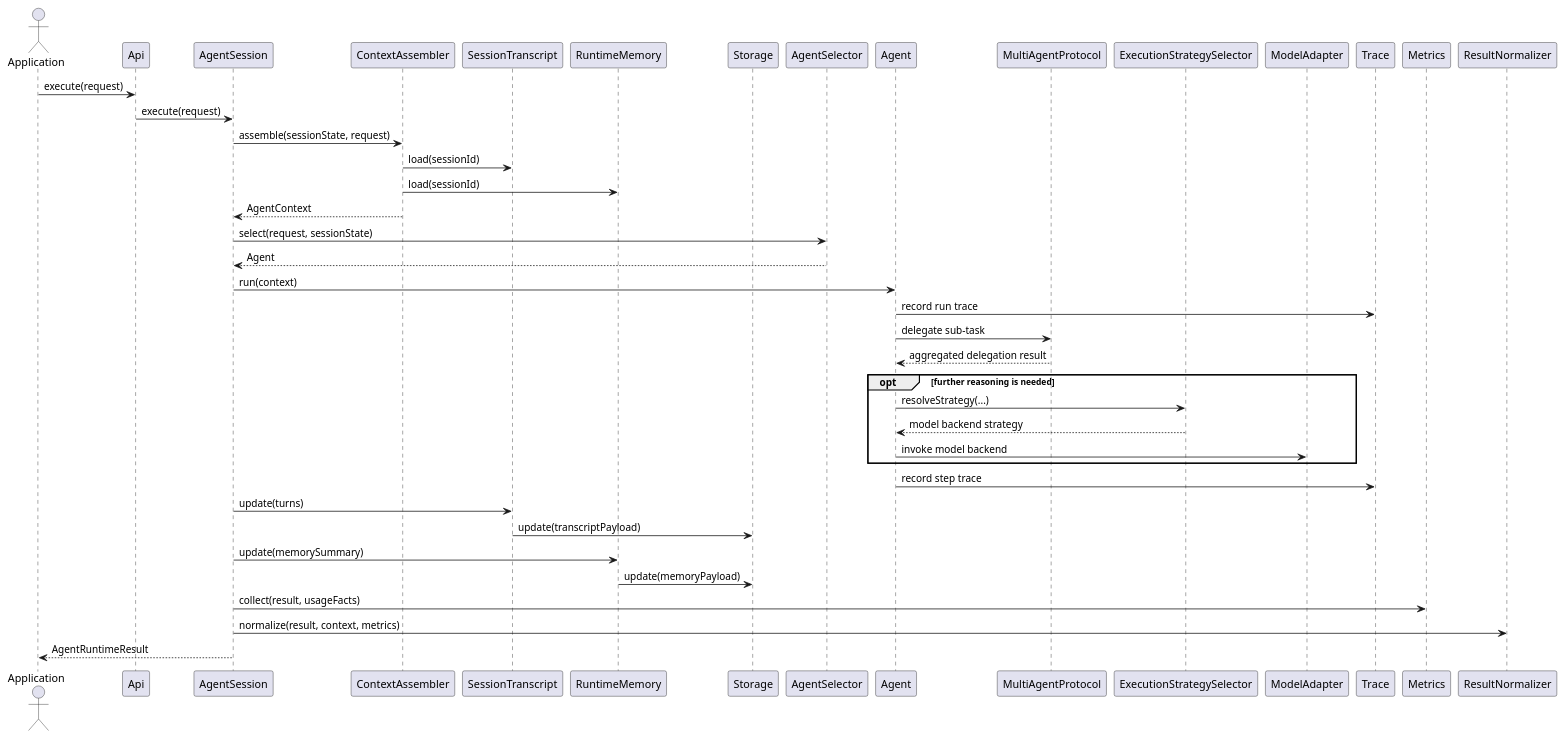
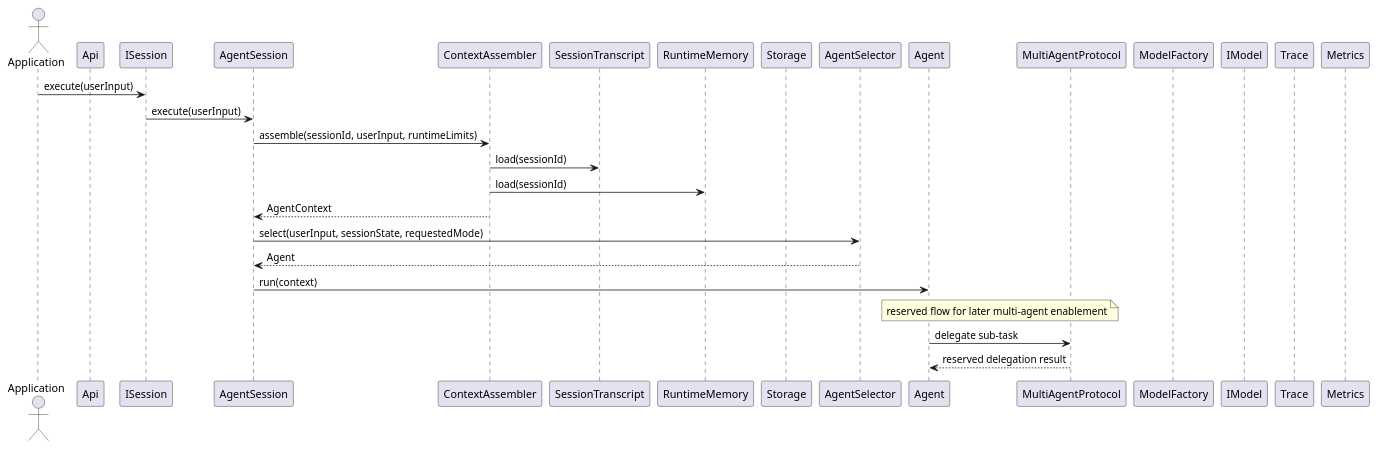
The fifth of 5 diagrams in infra_projects/projects/agent_runtime/docs/TechnicalArchitecture.md (lucky-chen/ai_workflow_travel), drawn with PlantUML before and after one commit. The commit also changed other lines of this file and 32 other files, not shown here.

First line of the commit message:
[AI] gpt-5.4: implement agent runtime src_new foundation and align plans

````diff
--- a/infra_projects/projects/agent_runtime/docs/TechnicalArchitecture.md
+++ b/infra_projects/projects/agent_runtime/docs/TechnicalArchitecture.md
@@ -565,45 +554,34 @@
 ```plantuml
 @startuml
 actor Application
 participant Api
+participant ISession
 participant AgentSession
 participant ContextAssembler
 participant SessionTranscript
 participant RuntimeMemory
 participant Storage
 participant AgentSelector
 participant Agent
 participant MultiAgentProtocol
-participant ExecutionStrategySelector
-participant ModelAdapter
+participant ModelFactory
+participant IModel
 participant Trace
 participant Metrics
-participant ResultNormalizer
 
-Application -> Api: execute(request)
-Api -> AgentSession: execute(request)
-AgentSession -> ContextAssembler: assemble(sessionState, request)
+Application -> ISession: execute(userInput)
+ISession -> AgentSession: execute(userInput)
+AgentSession -> ContextAssembler: assemble(sessionId, userInput, runtimeLimits)
 ContextAssembler -> SessionTranscript: load(sessionId)
 ContextAssembler -> RuntimeMemory: load(sessionId)
 ContextAssembler --> AgentSession: AgentContext
-AgentSession -> AgentSelector: select(request, sessionState)
+AgentSession -> AgentSelector: select(userInput, sessionState, requestedMode)
 AgentSelector --> AgentSession: Agent
 AgentSession -> Agent: run(context)
-Agent -> Trace: record run trace
+note over Agent,MultiAgentProtocol
+reserved flow for later multi-agent enablement
+end note
 Agent -> MultiAgentProtocol: delegate sub-task
-MultiAgentProtocol --> Agent: aggregated delegation result
-opt further reasoning is needed
-  Agent -> ExecutionStrategySelector: resolveStrategy(...)
-  ExecutionStrategySelector --> Agent: model backend strategy
-  Agent -> ModelAdapter: invoke model backend
-end
-Agent -> Trace: record step trace
-AgentSession -> SessionTranscript: update(turns)
-SessionTranscript -> Storage: update(transcriptPayload)
-AgentSession -> RuntimeMemory: update(memorySummary)
-RuntimeMemory -> Storage: update(memoryPayload)
-AgentSession -> Metrics: collect(result, usageFacts)
-AgentSession -> ResultNormalizer: normalize(result, context, metrics)
-AgentSession --> Application: AgentRuntimeResult
+MultiAgentProtocol --> Agent: reserved delegation result
 @enduml
 ```
````
